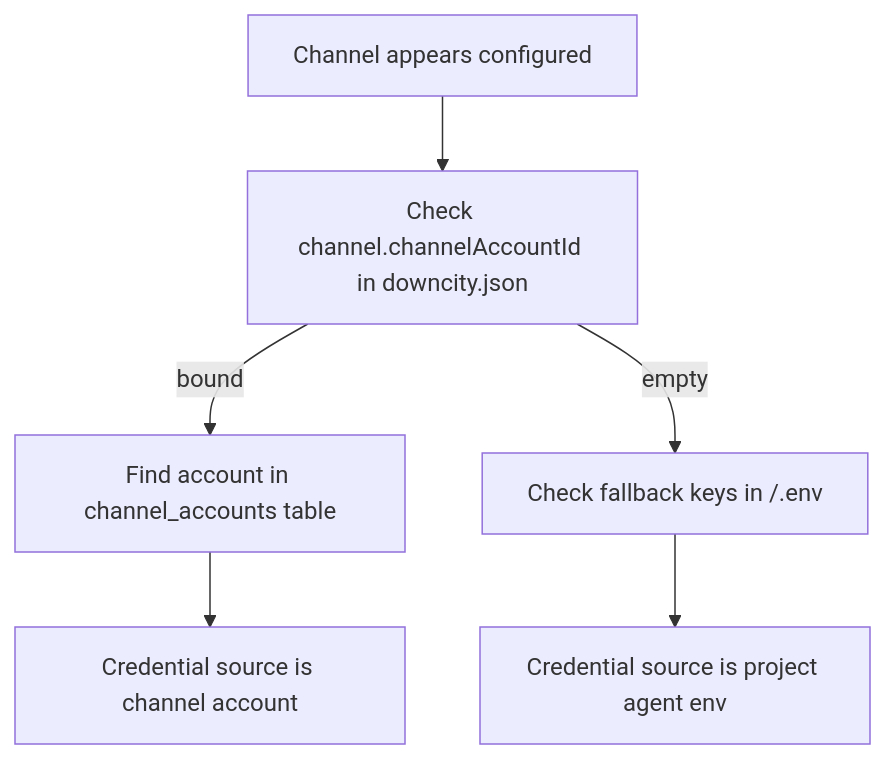
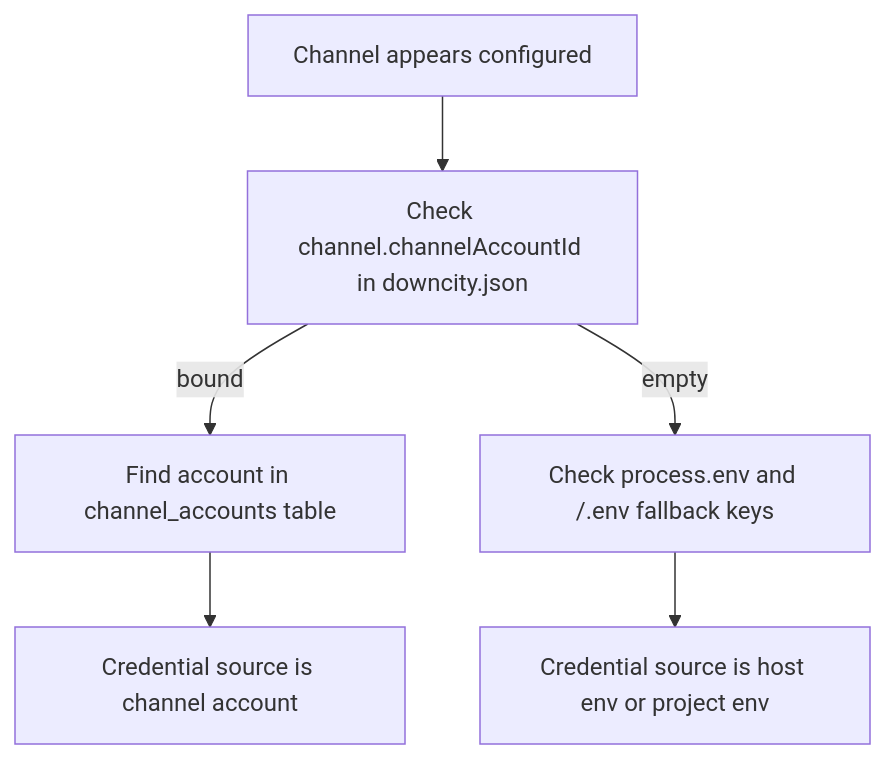
One commit to wangenius/downcity changed the second of 2 diagrams in homepage/content/docs/en/configuration/environment-variables.mdx. Above: the diagram before and after it, drawn with Mermaid. The commit also changed other lines of this file and 28 other files, not shown here.

Commit message:
refactor(env): simplify agent and city env pipeline

````diff
--- a/homepage/content/docs/en/configuration/environment-variables.mdx
+++ b/homepage/content/docs/en/configuration/environment-variables.mdx
@@ -111,8 +122,8 @@
 ```mermaid
 flowchart TD
   A["Channel appears configured"] --> B["Check channel.channelAccountId in downcity.json"]
   B -->|bound| C["Find account in channel_accounts table"]
-  B -->|empty| D["Check fallback keys in <agent>/.env"]
+  B -->|empty| D["Check process.env and <agent>/.env fallback keys"]
   C --> E["Credential source is channel account"]
-  D --> F["Credential source is project agent env"]
+  D --> F["Credential source is host env or project env"]
 ```
````
